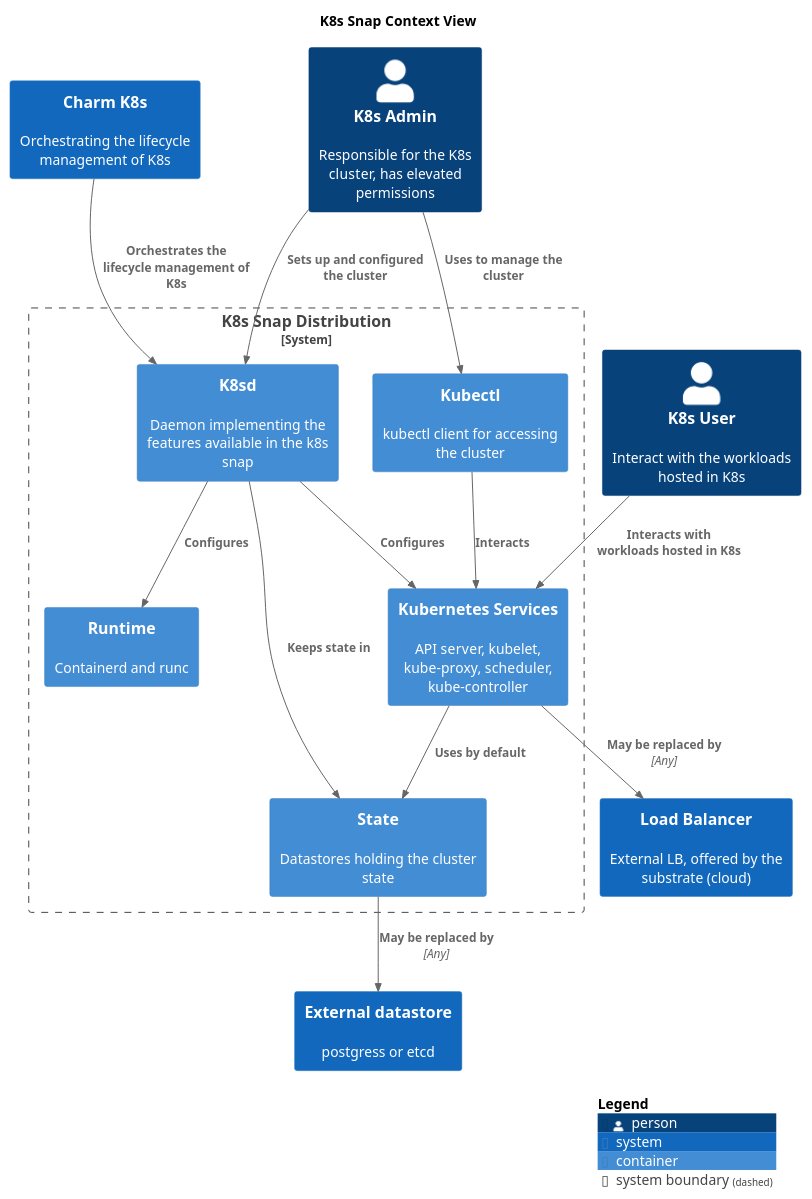
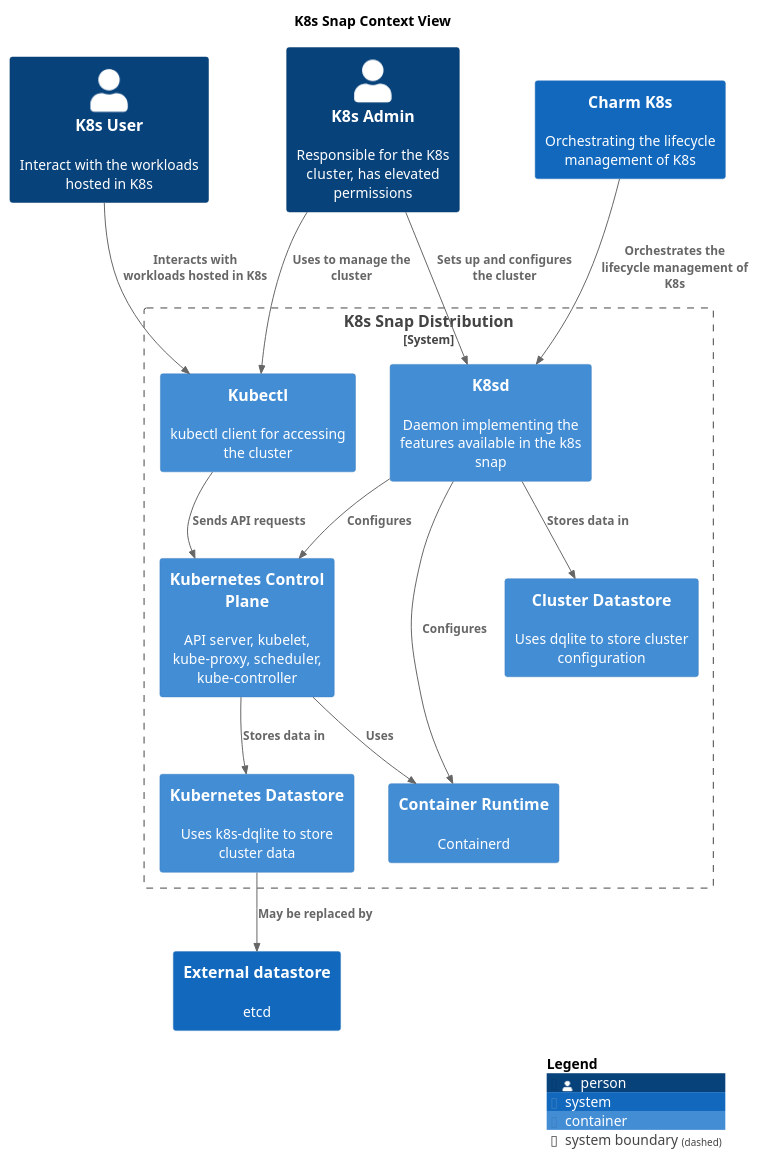
One commit to canonical/k8s-snap changed the diagram in docs/canonicalk8s/assets/k8s-container.puml. Above: the diagram before and after it, drawn with PlantUML. The commit also changed 1 other file, not shown here.

Commit message:
docs: review k8s-snap architecture diagram (#1226)

```diff
--- a/docs/canonicalk8s/assets/k8s-container.puml
+++ b/docs/canonicalk8s/assets/k8s-container.puml
@@ -1,38 +1,38 @@
 @startuml
 set separator none
 title K8s Snap Context View
 
 top to bottom direction
 
 !include <C4/C4>
 !include <C4/C4_Context>
 !include <C4/C4_Container>
 
 Person(K8sAdmin, "K8s Admin", $descr="Responsible for the K8s cluster, has elevated permissions", $tags="", $link="")
 Person(K8sUser, "K8s User", $descr="Interact with the workloads hosted in K8s", $tags="", $link="")
 System(CharmK8s, "Charm K8s", $descr="Orchestrating the lifecycle management of K8s", $tags="", $link="")
-System(LoadBalancer, "Load Balancer", $descr="External LB, offered by the substrate (cloud)", $tags="", $link="")
-System(Externaldatastore, "External datastore", $descr="postgress or etcd", $tags="", $link="")
+System(Externaldatastore, "External datastore", $descr="etcd", $tags="", $link="")
 
 System_Boundary("K8sSnapDistribution_boundary", "K8s Snap Distribution", $tags="") {
-  Container(K8sSnapDistribution.KubernetesServices, "Kubernetes Services", $techn="", $descr="API server, kubelet, kube-proxy, scheduler, kube-controller", $tags="", $link="")
-  Container(K8sSnapDistribution.Runtime, "Runtime", $techn="", $descr="Containerd and runc", $tags="", $link="")
+  Container(K8sSnapDistribution.KubernetesControlPlane, "Kubernetes Control Plane", $techn="", $descr="API server, kubelet, kube-proxy, scheduler, kube-controller", $tags="", $link="")
+  Container(K8sSnapDistribution.ContainerRuntime, "Container Runtime", $techn="", $descr="Containerd", $tags="", $link="")
   Container(K8sSnapDistribution.K8sd, "K8sd", $techn="", $descr="Daemon implementing the features available in the k8s snap", $tags="", $link="")
-  Container(K8sSnapDistribution.State, "State", $techn="", $descr="Datastores holding the cluster state", $tags="", $link="")
+  Container(K8sSnapDistribution.K8sddatastore, "Cluster Datastore", $techn="", $descr="Uses dqlite to store cluster configuration", $tags="", $link="")
   Container(K8sSnapDistribution.Kubectl, "Kubectl", $techn="", $descr="kubectl client for accessing the cluster", $tags="", $link="")
+  Container(K8sSnapDistribution.Kubernetesdatastore, "Kubernetes Datastore", $techn="", $descr="Uses k8s-dqlite to store cluster data", $tags="", $link="")
 }
 
-Rel(K8sAdmin, K8sSnapDistribution.K8sd, "Sets up and configured the cluster", $techn="", $tags="", $link="")
+Rel(K8sAdmin, K8sSnapDistribution.K8sd, "Sets up and configures the cluster", $techn="", $tags="", $link="")
 Rel(K8sAdmin, K8sSnapDistribution.Kubectl, "Uses to manage the cluster", $techn="", $tags="", $link="")
-Rel(K8sUser, K8sSnapDistribution.KubernetesServices, "Interacts with workloads hosted in K8s", $techn="", $tags="", $link="")
+Rel(K8sUser, K8sSnapDistribution.Kubectl, "Interacts with workloads hosted in K8s", $techn="", $tags="", $link="")
 Rel(CharmK8s, K8sSnapDistribution.K8sd, "Orchestrates the lifecycle management of K8s", $techn="", $tags="", $link="")
-Rel(K8sSnapDistribution.State, Externaldatastore, "May be replaced by", $techn="Any", $tags="", $link="")
-Rel(K8sSnapDistribution.KubernetesServices, LoadBalancer, "May be replaced by", $techn="Any", $tags="", $link="")
-Rel(K8sSnapDistribution.K8sd, K8sSnapDistribution.KubernetesServices, "Configures", $techn="", $tags="", $link="")
-Rel(K8sSnapDistribution.KubernetesServices, K8sSnapDistribution.State, "Uses by default", $techn="", $tags="", $link="")
-Rel(K8sSnapDistribution.K8sd, K8sSnapDistribution.State, "Keeps state in", $techn="", $tags="", $link="")
-Rel(K8sSnapDistribution.Kubectl, K8sSnapDistribution.KubernetesServices, "Interacts", $techn="", $tags="", $link="")
-Rel(K8sSnapDistribution.K8sd, K8sSnapDistribution.Runtime, "Configures", $techn="", $tags="", $link="")
+Rel(K8sSnapDistribution.K8sd, K8sSnapDistribution.K8sddatastore, "Stores data in", $techn="", $tags="", $link="")
+Rel(K8sSnapDistribution.KubernetesControlPlane, K8sSnapDistribution.Kubernetesdatastore, "Stores data in", $techn="", $tags="", $link="")
+Rel(K8sSnapDistribution.Kubernetesdatastore, Externaldatastore, "May be replaced by", $techn="", $tags="", $link="")
+Rel(K8sSnapDistribution.K8sd, K8sSnapDistribution.KubernetesControlPlane, "Configures", $techn="", $tags="", $link="")
+Rel(K8sSnapDistribution.KubernetesControlPlane, K8sSnapDistribution.ContainerRuntime, "Uses", $techn="", $tags="", $link="")
+Rel(K8sSnapDistribution.Kubectl, K8sSnapDistribution.KubernetesControlPlane, "Sends API requests", $techn="", $tags="", $link="")
+Rel(K8sSnapDistribution.K8sd, K8sSnapDistribution.ContainerRuntime, "Configures", $techn="", $tags="", $link="")
 
 SHOW_LEGEND(true)
 @enduml
```
